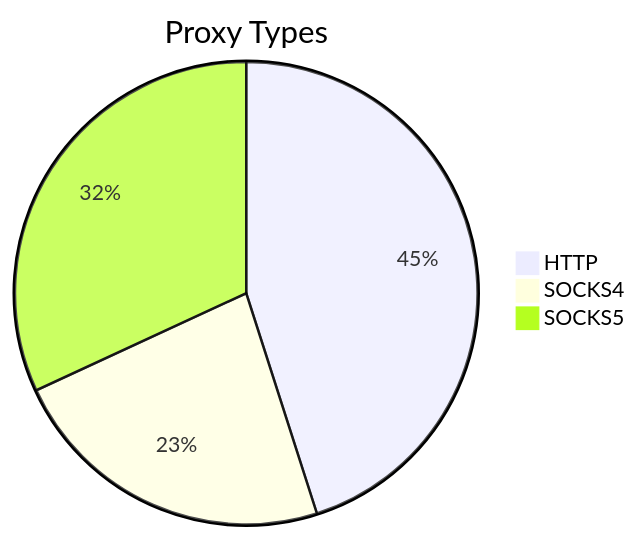
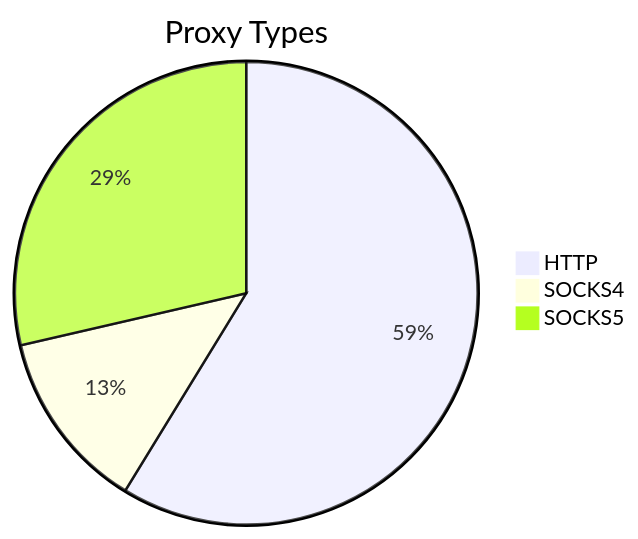
Before and after one commit to stormsia/proxy-list: the first of 2 diagrams in README.md, drawn with Mermaid. The commit also changed other lines of this file, not shown here.

````diff
--- a/README.md
+++ b/README.md
@@ -21,6 +21,6 @@
 ```mermaid
 pie title Proxy Types
-    "HTTP" : 260
-    "SOCKS4" : 133
-    "SOCKS5" : 184
+    "HTTP" : 386
+    "SOCKS4" : 83
+    "SOCKS5" : 188
 ```
````
